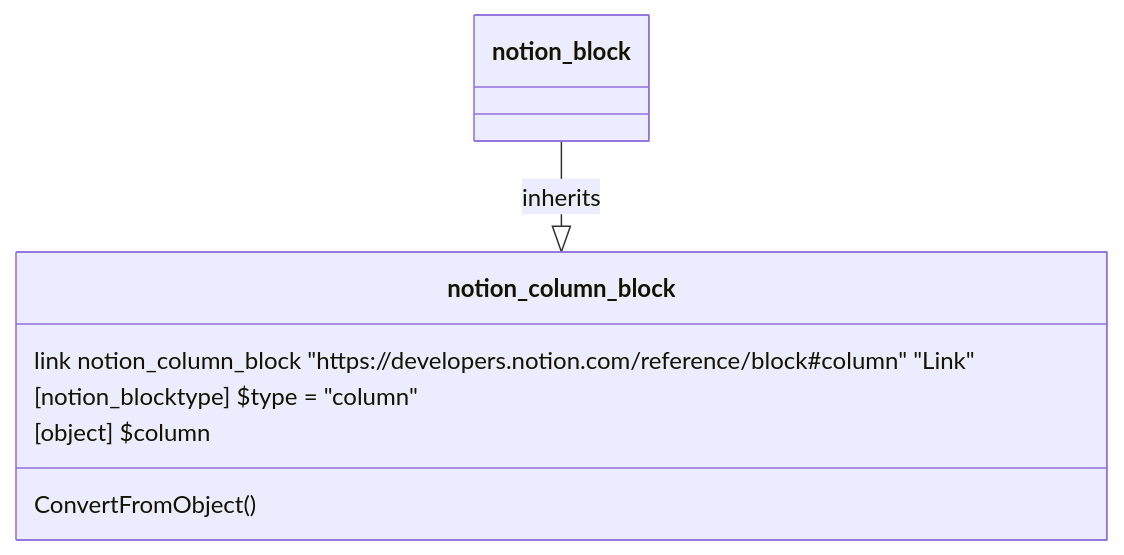
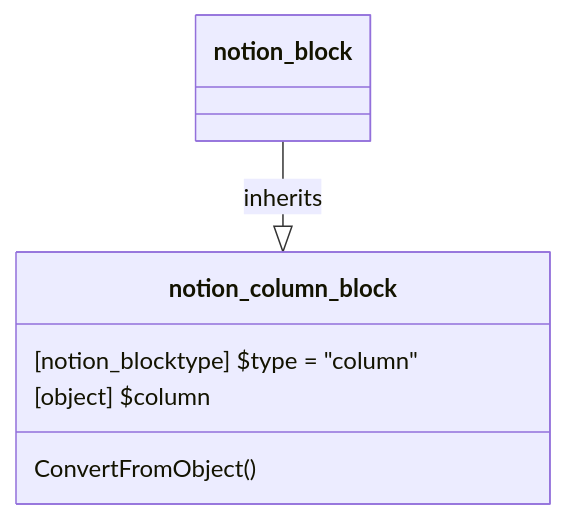
The diagram in source/WikiSource/Classes/Block/12_Column.md (fasteiner/Notion), drawn with Mermaid before and after one commit. The commit also changed 31 other files, not shown here.

Commit message:
fix: correct spelling of "Reference" in API documentation, heading dependency, removed unsuported link in mermaid

````diff
--- a/source/WikiSource/Classes/Block/12_Column.md
+++ b/source/WikiSource/Classes/Block/12_Column.md
@@ -5,10 +5,9 @@
 ```mermaid
 classDiagram
     class notion_column_block {
-        link  notion_column_block "https://developers.notion.com/reference/block#column" "Link"
         [notion_blocktype] $type = "column"
         [object] $column
         ConvertFromObject()
     }
     `notion_block` --|> `notion_column_block`:inherits
 ```
````
